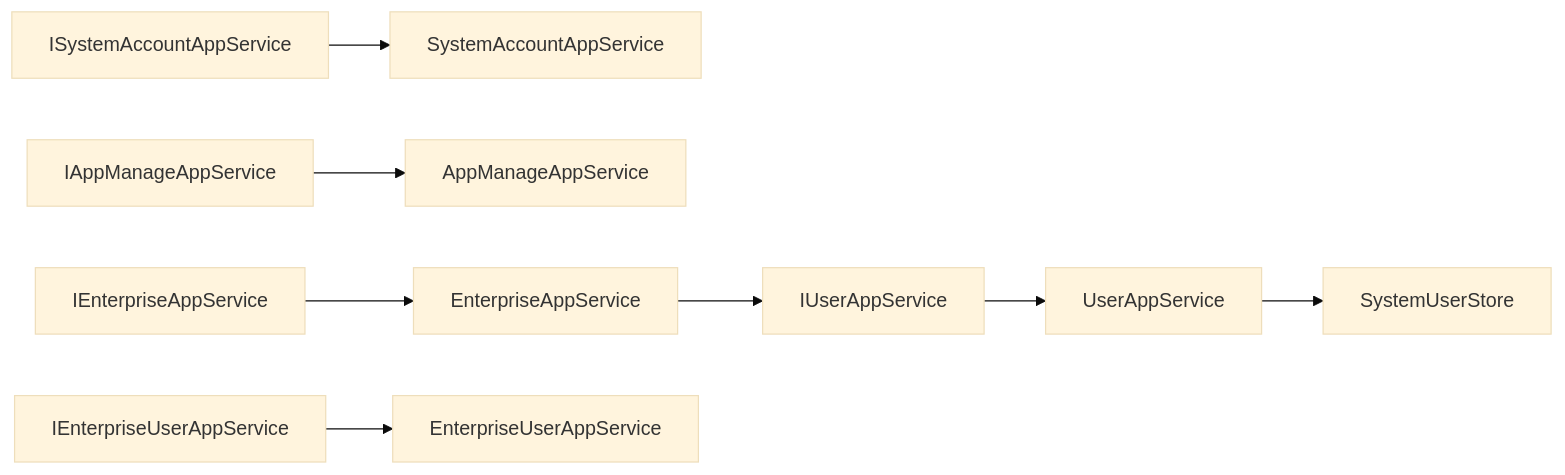
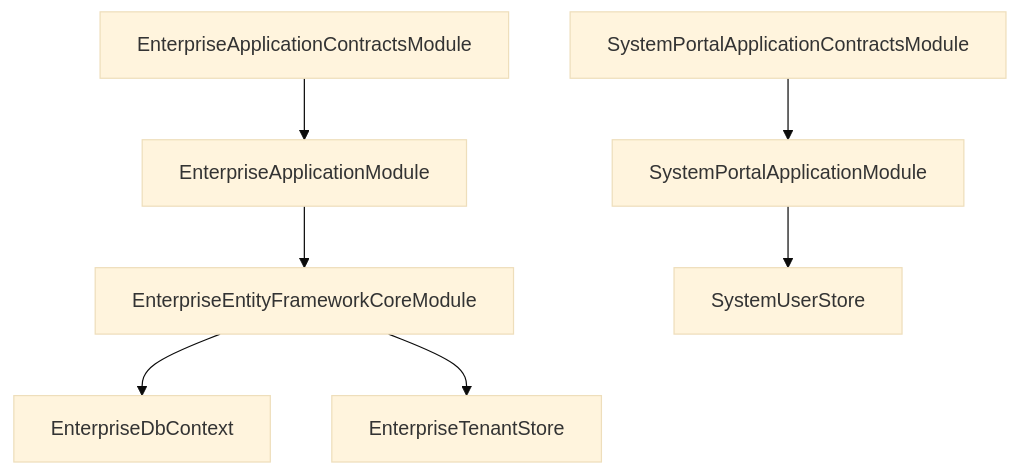
One commit to openlowcodelab/lowcode changed the eighth of 8 diagrams in .qoder/repowiki/zh/content/系统管理/系统管理.md. Above: the diagram before and after it, drawn with Mermaid (base theme). The commit also changed other lines of this file and 223 other files, not shown here.

````diff
--- a/.qoder/repowiki/zh/content/系统管理/系统管理.md
+++ b/.qoder/repowiki/zh/content/系统管理/系统管理.md
@@ -429,12 +364,9 @@
 ```mermaid
-graph LR
-    SP_IUser["IUserAppService"] --> SP_UserSvc["UserAppService"]
-    SP_Account["ISystemAccountAppService"] --> SP_AccountSvc["SystemAccountAppService"]
-    SP_App["IAppManageAppService"] --> SP_AppSvc["AppManageAppService"]
-
-    EN_Enterprise["IEnterpriseAppService"] --> EN_EnterpriseSvc["EnterpriseAppService"]
-    EN_User["IEnterpriseUserAppService"] --> EN_UserSvc["EnterpriseUserAppService"]
-
-    SP_UserSvc --> SP_Store["SystemUserStore"]
-    EN_EnterpriseSvc --> SP_IUser
+graph TB
+    Contracts["EnterpriseApplicationContractsModule"] --> AppMod["EnterpriseApplicationModule"]
+    AppMod --> EFMod["EnterpriseEntityFrameworkCoreModule"]
+    EFMod --> DB["EnterpriseDbContext"]
+    EFMod --> Store["EnterpriseTenantStore"]
+    SysContracts["SystemPortalApplicationContractsModule"] --> SysApp["SystemPortalApplicationModule"]
+    SysApp --> UserStore["SystemUserStore"]
 ```
````
